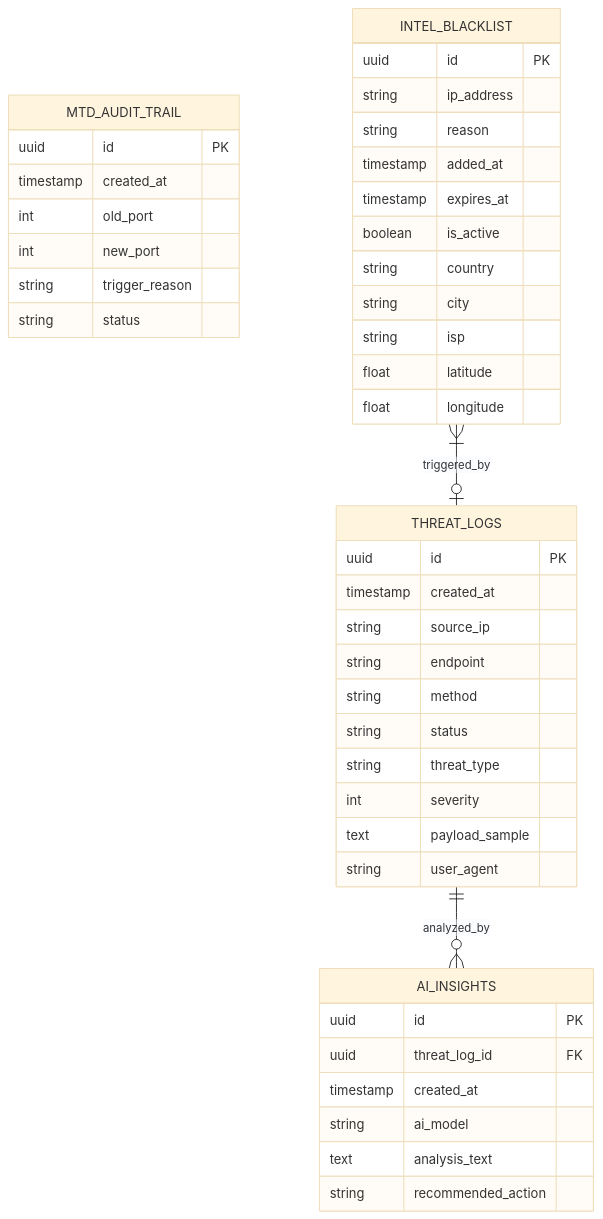
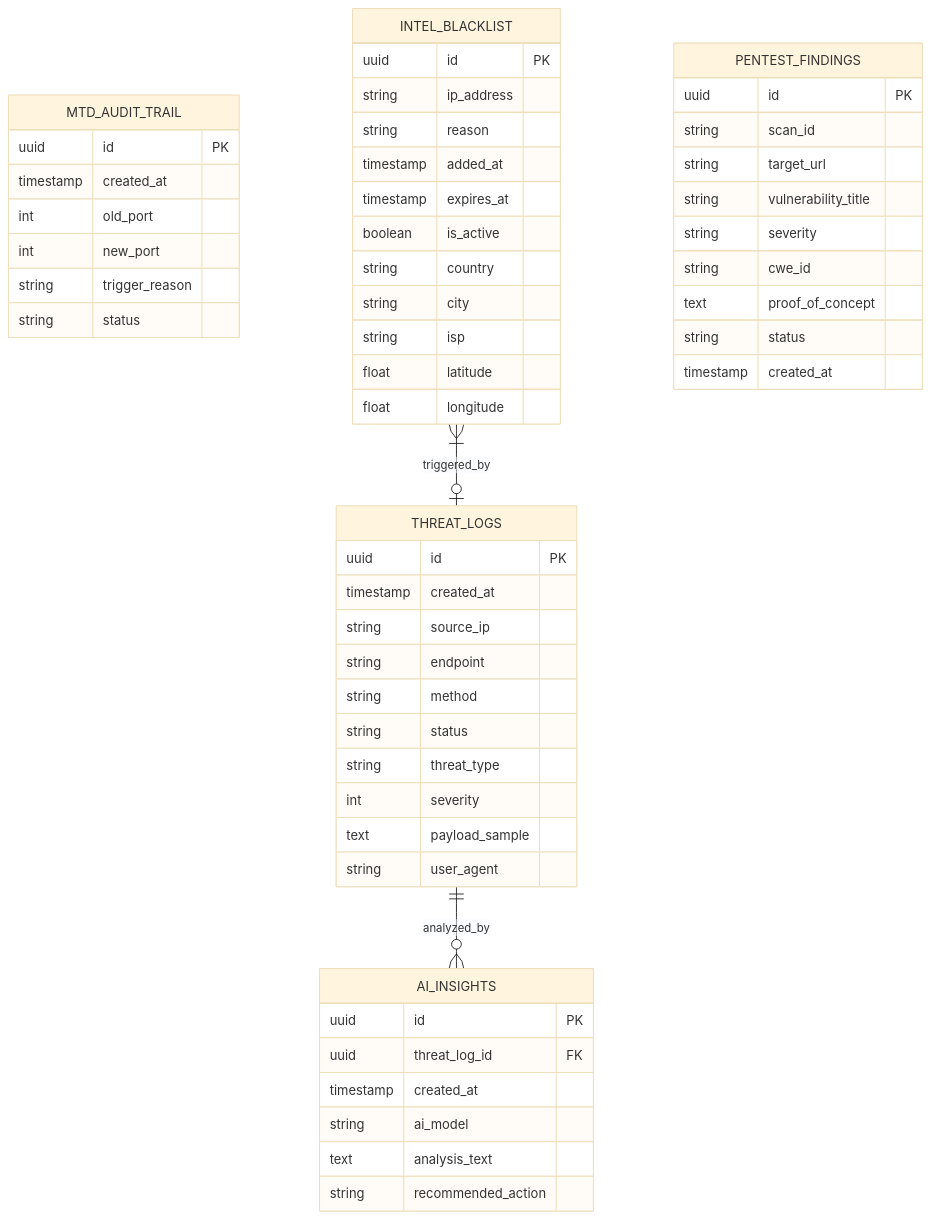
The first of 5 diagrams in docs/SOFTWARE_DESIGN_DOCUMENT.md (Thbetyfu/NEXUS-CYBER-FASE3), drawn with Mermaid (base theme) before and after one commit. The commit also changed other lines of this file and 105 other files, not shown here.

````diff
--- a/docs/SOFTWARE_DESIGN_DOCUMENT.md
+++ b/docs/SOFTWARE_DESIGN_DOCUMENT.md
@@ -25,50 +26,62 @@
 ```mermaid
 erDiagram
     THREAT_LOGS {
         uuid id PK
         timestamp created_at
         string source_ip
         string endpoint
         string method
         string status
         string threat_type
         int severity
         text payload_sample
         string user_agent
     }
 
     MTD_AUDIT_TRAIL {
         uuid id PK
         timestamp created_at
         int old_port
         int new_port
         string trigger_reason
         string status
     }
 
     INTEL_BLACKLIST {
         uuid id PK
         string ip_address
         string reason
         timestamp added_at
         timestamp expires_at
         boolean is_active
         string country
         string city
         string isp
         float latitude
         float longitude
     }
 
     AI_INSIGHTS {
         uuid id PK
         uuid threat_log_id FK
         timestamp created_at
         string ai_model
         text analysis_text
         string recommended_action
     }
 
+    PENTEST_FINDINGS {
+        uuid id PK
+        string scan_id
+        string target_url
+        string vulnerability_title
+        string severity
+        string cwe_id
+        text proof_of_concept
+        string status
+        timestamp created_at
+    }
+
     THREAT_LOGS ||--o{ AI_INSIGHTS : "analyzed_by"
     INTEL_BLACKLIST }|--o| THREAT_LOGS : "triggered_by"
 ```
````
